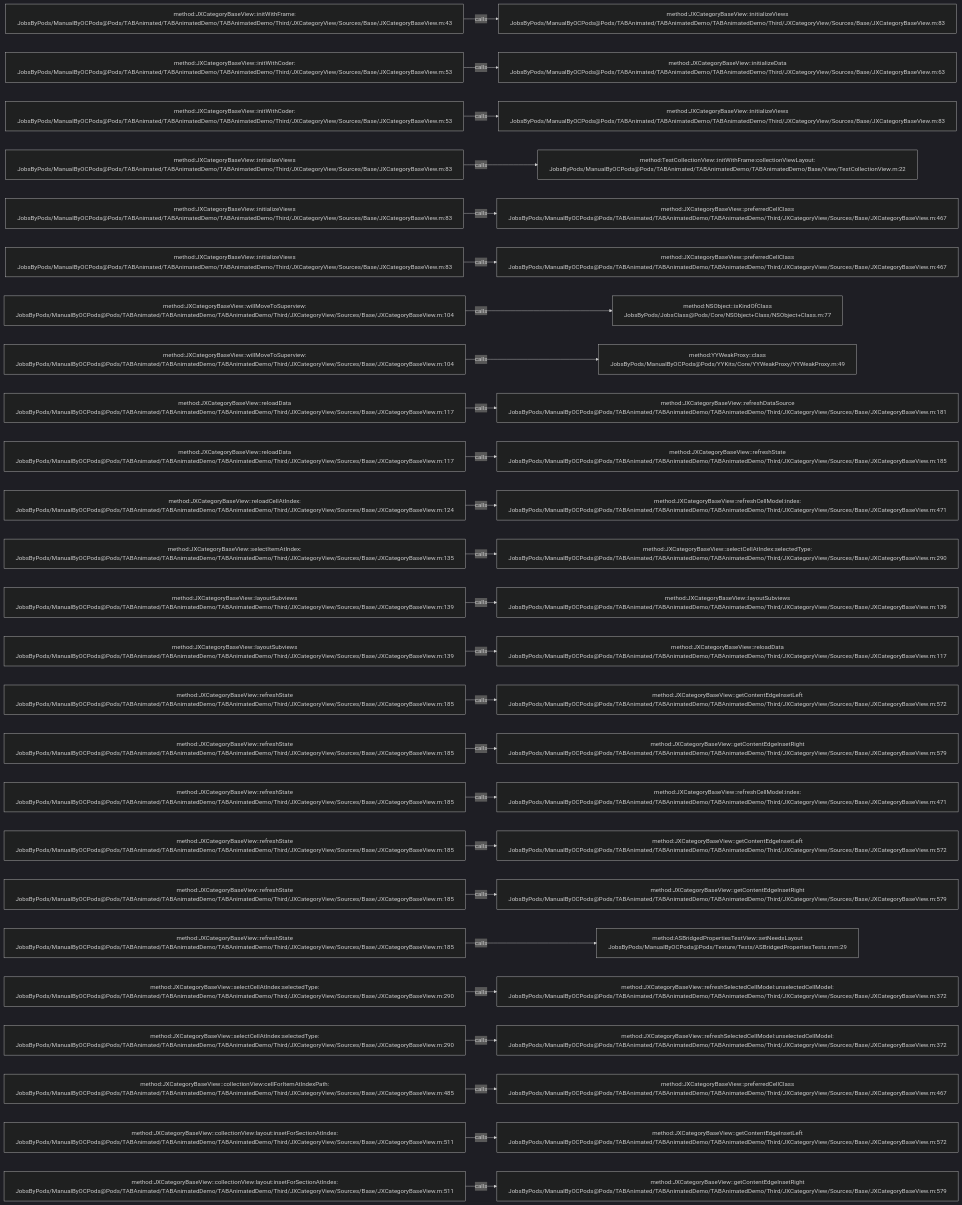
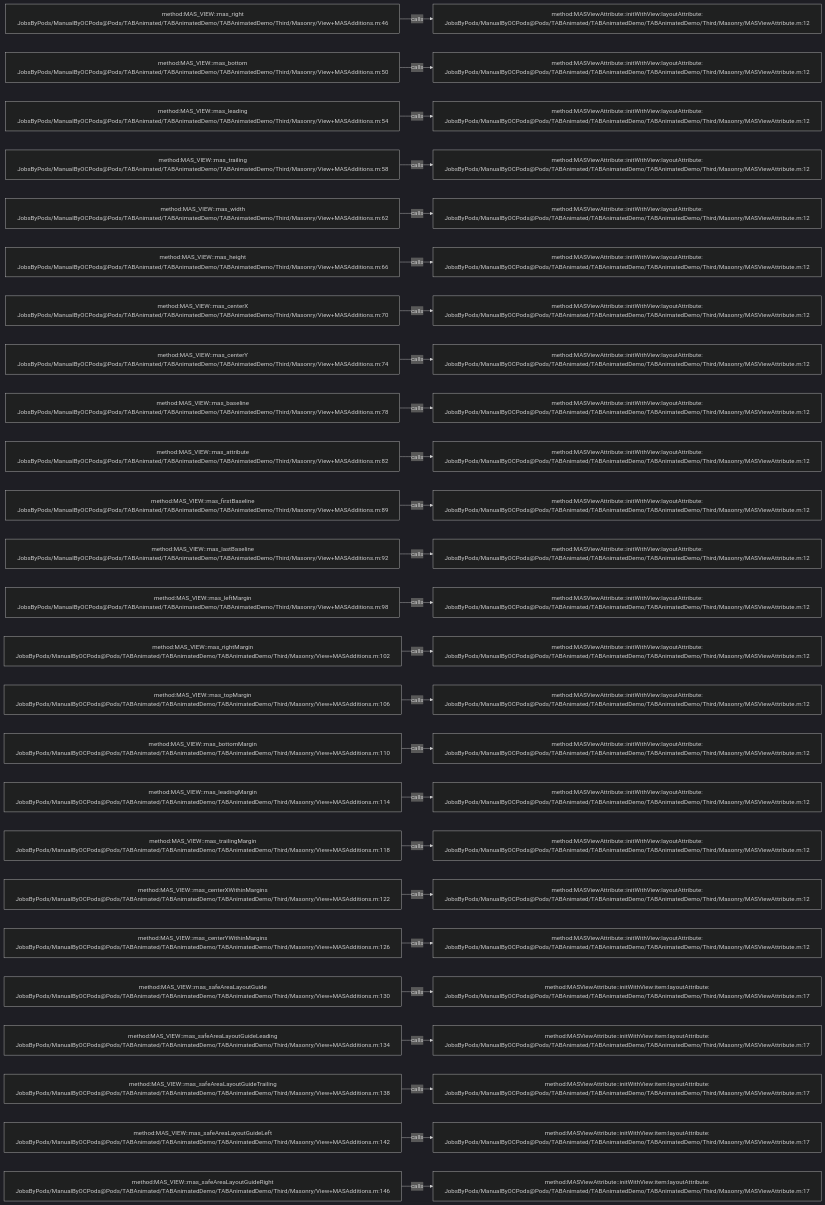
One commit to JobsKits/JobsOCBaseConfigDemo changed the diagram in .codegraph/codegraph.md/graphs/calls-033.md. Above: the diagram before and after it, drawn with Mermaid (dark theme). The commit also changed 2723 other files, not shown here.

````diff
--- a/.codegraph/codegraph.md/graphs/calls-033.md
+++ b/.codegraph/codegraph.md/graphs/calls-033.md
@@ -13,78 +13,78 @@
 ```mermaid
 flowchart LR
-  S1["method:JXCategoryBaseView::initWithFrame:<br/>JobsByPods/ManualByOCPods@Pods/TABAnimated/TABAnimatedDemo/TABAnimatedDemo/Third/JXCategoryView/Sources/Base/JXCategoryBaseView.m:43"]
-  T1["method:JXCategoryBaseView::initializeViews<br/>JobsByPods/ManualByOCPods@Pods/TABAnimated/TABAnimatedDemo/TABAnimatedDemo/Third/JXCategoryView/Sources/Base/JXCategoryBaseView.m:83"]
+  S1["method:MAS_VIEW::mas_right<br/>JobsByPods/ManualByOCPods@Pods/TABAnimated/TABAnimatedDemo/TABAnimatedDemo/Third/Masonry/View+MASAdditions.m:46"]
+  T1["method:MASViewAttribute::initWithView:layoutAttribute:<br/>JobsByPods/ManualByOCPods@Pods/TABAnimated/TABAnimatedDemo/TABAnimatedDemo/Third/Masonry/MASViewAttribute.m:12"]
   S1 -->|calls| T1
-  S2["method:JXCategoryBaseView::initWithCoder:<br/>JobsByPods/ManualByOCPods@Pods/TABAnimated/TABAnimatedDemo/TABAnimatedDemo/Third/JXCategoryView/Sources/Base/JXCategoryBaseView.m:53"]
-  T2["method:JXCategoryBaseView::initializeData<br/>JobsByPods/ManualByOCPods@Pods/TABAnimated/TABAnimatedDemo/TABAnimatedDemo/Third/JXCategoryView/Sources/Base/JXCategoryBaseView.m:63"]
+  S2["method:MAS_VIEW::mas_bottom<br/>JobsByPods/ManualByOCPods@Pods/TABAnimated/TABAnimatedDemo/TABAnimatedDemo/Third/Masonry/View+MASAdditions.m:50"]
+  T2["method:MASViewAttribute::initWithView:layoutAttribute:<br/>JobsByPods/ManualByOCPods@Pods/TABAnimated/TABAnimatedDemo/TABAnimatedDemo/Third/Masonry/MASViewAttribute.m:12"]
   S2 -->|calls| T2
-  S3["method:JXCategoryBaseView::initWithCoder:<br/>JobsByPods/ManualByOCPods@Pods/TABAnimated/TABAnimatedDemo/TABAnimatedDemo/Third/JXCategoryView/Sources/Base/JXCategoryBaseView.m:53"]
-  T3["method:JXCategoryBaseView::initializeViews<br/>JobsByPods/ManualByOCPods@Pods/TABAnimated/TABAnimatedDemo/TABAnimatedDemo/Third/JXCategoryView/Sources/Base/JXCategoryBaseView.m:83"]
+  S3["method:MAS_VIEW::mas_leading<br/>JobsByPods/ManualByOCPods@Pods/TABAnimated/TABAnimatedDemo/TABAnimatedDemo/Third/Masonry/View+MASAdditions.m:54"]
+  T3["method:MASViewAttribute::initWithView:layoutAttribute:<br/>JobsByPods/ManualByOCPods@Pods/TABAnimated/TABAnimatedDemo/TABAnimatedDemo/Third/Masonry/MASViewAttribute.m:12"]
   S3 -->|calls| T3
-  S4["method:JXCategoryBaseView::initializeViews<br/>JobsByPods/ManualByOCPods@Pods/TABAnimated/TABAnimatedDemo/TABAnimatedDemo/Third/JXCategoryView/Sources/Base/JXCategoryBaseView.m:83"]
-  T4["method:TestCollectionView::initWithFrame:collectionViewLayout:<br/>JobsByPods/ManualByOCPods@Pods/TABAnimated/TABAnimatedDemo/TABAnimatedDemo/Base/View/TestCollectionView.m:22"]
+  S4["method:MAS_VIEW::mas_trailing<br/>JobsByPods/ManualByOCPods@Pods/TABAnimated/TABAnimatedDemo/TABAnimatedDemo/Third/Masonry/View+MASAdditions.m:58"]
+  T4["method:MASViewAttribute::initWithView:layoutAttribute:<br/>JobsByPods/ManualByOCPods@Pods/TABAnimated/TABAnimatedDemo/TABAnimatedDemo/Third/Masonry/MASViewAttribute.m:12"]
   S4 -->|calls| T4
-  S5["method:JXCategoryBaseView::initializeViews<br/>JobsByPods/ManualByOCPods@Pods/TABAnimated/TABAnimatedDemo/TABAnimatedDemo/Third/JXCategoryView/Sources/Base/JXCategoryBaseView.m:83"]
-  T5["method:JXCategoryBaseView::preferredCellClass<br/>JobsByPods/ManualByOCPods@Pods/TABAnimated/TABAnimatedDemo/TABAnimatedDemo/Third/JXCategoryView/Sources/Base/JXCategoryBaseView.m:467"]
+  S5["method:MAS_VIEW::mas_width<br/>JobsByPods/ManualByOCPods@Pods/TABAnimated/TABAnimatedDemo/TABAnimatedDemo/Third/Masonry/View+MASAdditions.m:62"]
+  T5["method:MASViewAttribute::initWithView:layoutAttribute:<br/>JobsByPods/ManualByOCPods@Pods/TABAnimated/TABAnimatedDemo/TABAnimatedDemo/Third/Masonry/MASViewAttribute.m:12"]
   S5 -->|calls| T5
-  S6["method:JXCategoryBaseView::initializeViews<br/>JobsByPods/ManualByOCPods@Pods/TABAnimated/TABAnimatedDemo/TABAnimatedDemo/Third/JXCategoryView/Sources/Base/JXCategoryBaseView.m:83"]
-  T6["method:JXCategoryBaseView::preferredCellClass<br/>JobsByPods/ManualByOCPods@Pods/TABAnimated/TABAnimatedDemo/TABAnimatedDemo/Third/JXCategoryView/Sources/Base/JXCategoryBaseView.m:467"]
+  S6["method:MAS_VIEW::mas_height<br/>JobsByPods/ManualByOCPods@Pods/TABAnimated/TABAnimatedDemo/TABAnimatedDemo/Third/Masonry/View+MASAdditions.m:66"]
+  T6["method:MASViewAttribute::initWithView:layoutAttribute:<br/>JobsByPods/ManualByOCPods@Pods/TABAnimated/TABAnimatedDemo/TABAnimatedDemo/Third/Masonry/MASViewAttribute.m:12"]
   S6 -->|calls| T6
-  S7["method:JXCategoryBaseView::willMoveToSuperview:<br/>JobsByPods/ManualByOCPods@Pods/TABAnimated/TABAnimatedDemo/TABAnimatedDemo/Third/JXCategoryView/Sources/Base/JXCategoryBaseView.m:104"]
-  T7["method:NSObject::isKindOfClass<br/>JobsByPods/JobsClass@Pods/Core/NSObject+Class/NSObject+Class.m:77"]
+  S7["method:MAS_VIEW::mas_centerX<br/>JobsByPods/ManualByOCPods@Pods/TABAnimated/TABAnimatedDemo/TABAnimatedDemo/Third/Masonry/View+MASAdditions.m:70"]
+  T7["method:MASViewAttribute::initWithView:layoutAttribute:<br/>JobsByPods/ManualByOCPods@Pods/TABAnimated/TABAnimatedDemo/TABAnimatedDemo/Third/Masonry/MASViewAttribute.m:12"]
   S7 -->|calls| T7
-  S8["method:JXCategoryBaseView::willMoveToSuperview:<br/>JobsByPods/ManualByOCPods@Pods/TABAnimated/TABAnimatedDemo/TABAnimatedDemo/Third/JXCategoryView/Sources/Base/JXCategoryBaseView.m:104"]
-  T8["method:YYWeakProxy::class<br/>JobsByPods/ManualByOCPods@Pods/YYKits/Core/YYWeakProxy/YYWeakProxy.m:49"]
+  S8["method:MAS_VIEW::mas_centerY<br/>JobsByPods/ManualByOCPods@Pods/TABAnimated/TABAnimatedDemo/TABAnimatedDemo/Third/Masonry/View+MASAdditions.m:74"]
+  T8["method:MASViewAttribute::initWithView:layoutAttribute:<br/>JobsByPods/ManualByOCPods@Pods/TABAnimated/TABAnimatedDemo/TABAnimatedDemo/Third/Masonry/MASViewAttribute.m:12"]
   S8 -->|calls| T8
-  S9["method:JXCategoryBaseView::reloadData<br/>JobsByPods/ManualByOCPods@Pods/TABAnimated/TABAnimatedDemo/TABAnimatedDemo/Third/JXCategoryView/Sources/Base/JXCategoryBaseView.m:117"]
-  T9["method:JXCategoryBaseView::refreshDataSource<br/>JobsByPods/ManualByOCPods@Pods/TABAnimated/TABAnimatedDemo/TABAnimatedDemo/Third/JXCategoryView/Sources/Base/JXCategoryBaseView.m:181"]
+  S9["method:MAS_VIEW::mas_baseline<br/>JobsByPods/ManualByOCPods@Pods/TABAnimated/TABAnimatedDemo/TABAnimatedDemo/Third/Masonry/View+MASAdditions.m:78"]
+  T9["method:MASViewAttribute::initWithView:layoutAttribute:<br/>JobsByPods/ManualByOCPods@Pods/TABAnimated/TABAnimatedDemo/TABAnimatedDemo/Third/Masonry/MASViewAttribute.m:12"]
   S9 -->|calls| T9
-  S10["method:JXCategoryBaseView::reloadData<br/>JobsByPods/ManualByOCPods@Pods/TABAnimated/TABAnimatedDemo/TABAnimatedDemo/Third/JXCategoryView/Sources/Base/JXCategoryBaseView.m:117"]
-  T10["method:JXCategoryBaseView::refreshState<br/>JobsByPods/ManualByOCPods@Pods/TABAnimated/TABAnimatedDemo/TABAnimatedDemo/Third/JXCategoryView/Sources/Base/JXCategoryBaseView.m:185"]
+  S10["method:MAS_VIEW::mas_attribute<br/>JobsByPods/ManualByOCPods@Pods/TABAnimated/TABAnimatedDemo/TABAnimatedDemo/Third/Masonry/View+MASAdditions.m:82"]
+  T10["method:MASViewAttribute::initWithView:layoutAttribute:<br/>JobsByPods/ManualByOCPods@Pods/TABAnimated/TABAnimatedDemo/TABAnimatedDemo/Third/Masonry/MASViewAttribute.m:12"]
   S10 -->|calls| T10
-  S11["method:JXCategoryBaseView::reloadCellAtIndex:<br/>JobsByPods/ManualByOCPods@Pods/TABAnimated/TABAnimatedDemo/TABAnimatedDemo/Third/JXCategoryView/Sources/Base/JXCategoryBaseView.m:124"]
-  T11["method:JXCategoryBaseView::refreshCellModel:index:<br/>JobsByPods/ManualByOCPods@Pods/TABAnimated/TABAnimatedDemo/TABAnimatedDemo/Third/JXCategoryView/Sources/Base/JXCategoryBaseView.m:471"]
+  S11["method:MAS_VIEW::mas_firstBaseline<br/>JobsByPods/ManualByOCPods@Pods/TABAnimated/TABAnimatedDemo/TABAnimatedDemo/Third/Masonry/View+MASAdditions.m:89"]
+  T11["method:MASViewAttribute::initWithView:layoutAttribute:<br/>JobsByPods/ManualByOCPods@Pods/TABAnimated/TABAnimatedDemo/TABAnimatedDemo/Third/Masonry/MASViewAttribute.m:12"]
   S11 -->|calls| T11
-  S12["method:JXCategoryBaseView::selectItemAtIndex:<br/>JobsByPods/ManualByOCPods@Pods/TABAnimated/TABAnimatedDemo/TABAnimatedDemo/Third/JXCategoryView/Sources/Base/JXCategoryBaseView.m:135"]
-  T12["method:JXCategoryBaseView::selectCellAtIndex:selectedType:<br/>JobsByPods/ManualByOCPods@Pods/TABAnimated/TABAnimatedDemo/TABAnimatedDemo/Third/JXCategoryView/Sources/Base/JXCategoryBaseView.m:290"]
+  S12["method:MAS_VIEW::mas_lastBaseline<br/>JobsByPods/ManualByOCPods@Pods/TABAnimated/TABAnimatedDemo/TABAnimatedDemo/Third/Masonry/View+MASAdditions.m:92"]
+  T12["method:MASViewAttribute::initWithView:layoutAttribute:<br/>JobsByPods/ManualByOCPods@Pods/TABAnimated/TABAnimatedDemo/TABAnimatedDemo/Third/Masonry/MASViewAttribute.m:12"]
   S12 -->|calls| T12
-  S13["method:JXCategoryBaseView::layoutSubviews<br/>JobsByPods/ManualByOCPods@Pods/TABAnimated/TABAnimatedDemo/TABAnimatedDemo/Third/JXCategoryView/Sources/Base/JXCategoryBaseView.m:139"]
-  T13["method:JXCategoryBaseView::layoutSubviews<br/>JobsByPods/ManualByOCPods@Pods/TABAnimated/TABAnimatedDemo/TABAnimatedDemo/Third/JXCategoryView/Sources/Base/JXCategoryBaseView.m:139"]
+  S13["method:MAS_VIEW::mas_leftMargin<br/>JobsByPods/ManualByOCPods@Pods/TABAnimated/TABAnimatedDemo/TABAnimatedDemo/Third/Masonry/View+MASAdditions.m:98"]
+  T13["method:MASViewAttribute::initWithView:layoutAttribute:<br/>JobsByPods/ManualByOCPods@Pods/TABAnimated/TABAnimatedDemo/TABAnimatedDemo/Third/Masonry/MASViewAttribute.m:12"]
   S13 -->|calls| T13
-  S14["method:JXCategoryBaseView::layoutSubviews<br/>JobsByPods/ManualByOCPods@Pods/TABAnimated/TABAnimatedDemo/TABAnimatedDemo/Third/JXCategoryView/Sources/Base/JXCategoryBaseView.m:139"]
-  T14["method:JXCategoryBaseView::reloadData<br/>JobsByPods/ManualByOCPods@Pods/TABAnimated/TABAnimatedDemo/TABAnimatedDemo/Third/JXCategoryView/Sources/Base/JXCategoryBaseView.m:117"]
+  S14["method:MAS_VIEW::mas_rightMargin<br/>JobsByPods/ManualByOCPods@Pods/TABAnimated/TABAnimatedDemo/TABAnimatedDemo/Third/Masonry/View+MASAdditions.m:102"]
+  T14["method:MASViewAttribute::initWithView:layoutAttribute:<br/>JobsByPods/ManualByOCPods@Pods/TABAnimated/TABAnimatedDemo/TABAnimatedDemo/Third/Masonry/MASViewAttribute.m:12"]
   S14 -->|calls| T14
-  S15["method:JXCategoryBaseView::refreshState<br/>JobsByPods/ManualByOCPods@Pods/TABAnimated/TABAnimatedDemo/TABAnimatedDemo/Third/JXCategoryView/Sources/Base/JXCategoryBaseView.m:185"]
-  T15["method:JXCategoryBaseView::getContentEdgeInsetLeft<br/>JobsByPods/ManualByOCPods@Pods/TABAnimated/TABAnimatedDemo/TABAnimatedDemo/Third/JXCategoryView/Sources/Base/JXCategoryBaseView.m:572"]
+  S15["method:MAS_VIEW::mas_topMargin<br/>JobsByPods/ManualByOCPods@Pods/TABAnimated/TABAnimatedDemo/TABAnimatedDemo/Third/Masonry/View+MASAdditions.m:106"]
+  T15["method:MASViewAttribute::initWithView:layoutAttribute:<br/>JobsByPods/ManualByOCPods@Pods/TABAnimated/TABAnimatedDemo/TABAnimatedDemo/Third/Masonry/MASViewAttribute.m:12"]
   S15 -->|calls| T15
-  S16["method:JXCategoryBaseView::refreshState<br/>JobsByPods/ManualByOCPods@Pods/TABAnimated/TABAnimatedDemo/TABAnimatedDemo/Third/JXCategoryView/Sources/Base/JXCategoryBaseView.m:185"]
-  T16["method:JXCategoryBaseView::getContentEdgeInsetRight<br/>JobsByPods/ManualByOCPods@Pods/TABAnimated/TABAnimatedDemo/TABAnimatedDemo/Third/JXCategoryView/Sources/Base/JXCategoryBaseView.m:579"]
+  S16["method:MAS_VIEW::mas_bottomMargin<br/>JobsByPods/ManualByOCPods@Pods/TABAnimated/TABAnimatedDemo/TABAnimatedDemo/Third/Masonry/View+MASAdditions.m:110"]
+  T16["method:MASViewAttribute::initWithView:layoutAttribute:<br/>JobsByPods/ManualByOCPods@Pods/TABAnimated/TABAnimatedDemo/TABAnimatedDemo/Third/Masonry/MASViewAttribute.m:12"]
   S16 -->|calls| T16
-  S17["method:JXCategoryBaseView::refreshState<br/>JobsByPods/ManualByOCPods@Pods/TABAnimated/TABAnimatedDemo/TABAnimatedDemo/Third/JXCategoryView/Sources/Base/JXCategoryBaseView.m:185"]
-  T17["method:JXCategoryBaseView::refreshCellModel:index:<br/>JobsByPods/ManualByOCPods@Pods/TABAnimated/TABAnimatedDemo/TABAnimatedDemo/Third/JXCategoryView/Sources/Base/JXCategoryBaseView.m:471"]
+  S17["method:MAS_VIEW::mas_leadingMargin<br/>JobsByPods/ManualByOCPods@Pods/TABAnimated/TABAnimatedDemo/TABAnimatedDemo/Third/Masonry/View+MASAdditions.m:114"]
+  T17["method:MASViewAttribute::initWithView:layoutAttribute:<br/>JobsByPods/ManualByOCPods@Pods/TABAnimated/TABAnimatedDemo/TABAnimatedDemo/Third/Masonry/MASViewAttribute.m:12"]
   S17 -->|calls| T17
-  S18["method:JXCategoryBaseView::refreshState<br/>JobsByPods/ManualByOCPods@Pods/TABAnimated/TABAnimatedDemo/TABAnimatedDemo/Third/JXCategoryView/Sources/Base/JXCategoryBaseView.m:185"]
-  T18["method:JXCategoryBaseView::getContentEdgeInsetLeft<br/>JobsByPods/ManualByOCPods@Pods/TABAnimated/TABAnimatedDemo/TABAnimatedDemo/Third/JXCategoryView/Sources/Base/JXCategoryBaseView.m:572"]
+  S18["method:MAS_VIEW::mas_trailingMargin<br/>JobsByPods/ManualByOCPods@Pods/TABAnimated/TABAnimatedDemo/TABAnimatedDemo/Third/Masonry/View+MASAdditions.m:118"]
+  T18["method:MASViewAttribute::initWithView:layoutAttribute:<br/>JobsByPods/ManualByOCPods@Pods/TABAnimated/TABAnimatedDemo/TABAnimatedDemo/Third/Masonry/MASViewAttribute.m:12"]
   S18 -->|calls| T18
-  S19["method:JXCategoryBaseView::refreshState<br/>JobsByPods/ManualByOCPods@Pods/TABAnimated/TABAnimatedDemo/TABAnimatedDemo/Third/JXCategoryView/Sources/Base/JXCategoryBaseView.m:185"]
-  T19["method:JXCategoryBaseView::getContentEdgeInsetRight<br/>JobsByPods/ManualByOCPods@Pods/TABAnimated/TABAnimatedDemo/TABAnimatedDemo/Third/JXCategoryView/Sources/Base/JXCategoryBaseView.m:579"]
+  S19["method:MAS_VIEW::mas_centerXWithinMargins<br/>JobsByPods/ManualByOCPods@Pods/TABAnimated/TABAnimatedDemo/TABAnimatedDemo/Third/Masonry/View+MASAdditions.m:122"]
+  T19["method:MASViewAttribute::initWithView:layoutAttribute:<br/>JobsByPods/ManualByOCPods@Pods/TABAnimated/TABAnimatedDemo/TABAnimatedDemo/Third/Masonry/MASViewAttribute.m:12"]
   S19 -->|calls| T19
-  S20["method:JXCategoryBaseView::refreshState<br/>JobsByPods/ManualByOCPods@Pods/TABAnimated/TABAnimatedDemo/TABAnimatedDemo/Third/JXCategoryView/Sources/Base/JXCategoryBaseView.m:185"]
-  T20["method:ASBridgedPropertiesTestView::setNeedsLayout<br/>JobsByPods/ManualByOCPods@Pods/Texture/Tests/ASBridgedPropertiesTests.mm:29"]
+  S20["method:MAS_VIEW::mas_centerYWithinMargins<br/>JobsByPods/ManualByOCPods@Pods/TABAnimated/TABAnimatedDemo/TABAnimatedDemo/Third/Masonry/View+MASAdditions.m:126"]
+  T20["method:MASViewAttribute::initWithView:layoutAttribute:<br/>JobsByPods/ManualByOCPods@Pods/TABAnimated/TABAnimatedDemo/TABAnimatedDemo/Third/Masonry/MASViewAttribute.m:12"]
   S20 -->|calls| T20
-  S21["method:JXCategoryBaseView::selectCellAtIndex:selectedType:<br/>JobsByPods/ManualByOCPods@Pods/TABAnimated/TABAnimatedDemo/TABAnimatedDemo/Third/JXCategoryView/Sources/Base/JXCategoryBaseView.m:290"]
-  T21["method:JXCategoryBaseView::refreshSelectedCellModel:unselectedCellModel:<br/>JobsByPods/ManualByOCPods@Pods/TABAnimated/TABAnimatedDemo/TABAnimatedDemo/Third/JXCategoryView/Sources/Base/JXCategoryBaseView.m:372"]
+  S21["method:MAS_VIEW::mas_safeAreaLayoutGuide<br/>JobsByPods/ManualByOCPods@Pods/TABAnimated/TABAnimatedDemo/TABAnimatedDemo/Third/Masonry/View+MASAdditions.m:130"]
+  T21["method:MASViewAttribute::initWithView:item:layoutAttribute:<br/>JobsByPods/ManualByOCPods@Pods/TABAnimated/TABAnimatedDemo/TABAnimatedDemo/Third/Masonry/MASViewAttribute.m:17"]
   S21 -->|calls| T21
-  S22["method:JXCategoryBaseView::selectCellAtIndex:selectedType:<br/>JobsByPods/ManualByOCPods@Pods/TABAnimated/TABAnimatedDemo/TABAnimatedDemo/Third/JXCategoryView/Sources/Base/JXCategoryBaseView.m:290"]
-  T22["method:JXCategoryBaseView::refreshSelectedCellModel:unselectedCellModel:<br/>JobsByPods/ManualByOCPods@Pods/TABAnimated/TABAnimatedDemo/TABAnimatedDemo/Third/JXCategoryView/Sources/Base/JXCategoryBaseView.m:372"]
+  S22["method:MAS_VIEW::mas_safeAreaLayoutGuideLeading<br/>JobsByPods/ManualByOCPods@Pods/TABAnimated/TABAnimatedDemo/TABAnimatedDemo/Third/Masonry/View+MASAdditions.m:134"]
+  T22["method:MASViewAttribute::initWithView:item:layoutAttribute:<br/>JobsByPods/ManualByOCPods@Pods/TABAnimated/TABAnimatedDemo/TABAnimatedDemo/Third/Masonry/MASViewAttribute.m:17"]
   S22 -->|calls| T22
-  S23["method:JXCategoryBaseView::collectionView:cellForItemAtIndexPath:<br/>JobsByPods/ManualByOCPods@Pods/TABAnimated/TABAnimatedDemo/TABAnimatedDemo/Third/JXCategoryView/Sources/Base/JXCategoryBaseView.m:485"]
-  T23["method:JXCategoryBaseView::preferredCellClass<br/>JobsByPods/ManualByOCPods@Pods/TABAnimated/TABAnimatedDemo/TABAnimatedDemo/Third/JXCategoryView/Sources/Base/JXCategoryBaseView.m:467"]
+  S23["method:MAS_VIEW::mas_safeAreaLayoutGuideTrailing<br/>JobsByPods/ManualByOCPods@Pods/TABAnimated/TABAnimatedDemo/TABAnimatedDemo/Third/Masonry/View+MASAdditions.m:138"]
+  T23["method:MASViewAttribute::initWithView:item:layoutAttribute:<br/>JobsByPods/ManualByOCPods@Pods/TABAnimated/TABAnimatedDemo/TABAnimatedDemo/Third/Masonry/MASViewAttribute.m:17"]
   S23 -->|calls| T23
-  S24["method:JXCategoryBaseView::collectionView:layout:insetForSectionAtIndex:<br/>JobsByPods/ManualByOCPods@Pods/TABAnimated/TABAnimatedDemo/TABAnimatedDemo/Third/JXCategoryView/Sources/Base/JXCategoryBaseView.m:511"]
-  T24["method:JXCategoryBaseView::getContentEdgeInsetLeft<br/>JobsByPods/ManualByOCPods@Pods/TABAnimated/TABAnimatedDemo/TABAnimatedDemo/Third/JXCategoryView/Sources/Base/JXCategoryBaseView.m:572"]
+  S24["method:MAS_VIEW::mas_safeAreaLayoutGuideLeft<br/>JobsByPods/ManualByOCPods@Pods/TABAnimated/TABAnimatedDemo/TABAnimatedDemo/Third/Masonry/View+MASAdditions.m:142"]
+  T24["method:MASViewAttribute::initWithView:item:layoutAttribute:<br/>JobsByPods/ManualByOCPods@Pods/TABAnimated/TABAnimatedDemo/TABAnimatedDemo/Third/Masonry/MASViewAttribute.m:17"]
   S24 -->|calls| T24
-  S25["method:JXCategoryBaseView::collectionView:layout:insetForSectionAtIndex:<br/>JobsByPods/ManualByOCPods@Pods/TABAnimated/TABAnimatedDemo/TABAnimatedDemo/Third/JXCategoryView/Sources/Base/JXCategoryBaseView.m:511"]
-  T25["method:JXCategoryBaseView::getContentEdgeInsetRight<br/>JobsByPods/ManualByOCPods@Pods/TABAnimated/TABAnimatedDemo/TABAnimatedDemo/Third/JXCategoryView/Sources/Base/JXCategoryBaseView.m:579"]
+  S25["method:MAS_VIEW::mas_safeAreaLayoutGuideRight<br/>JobsByPods/ManualByOCPods@Pods/TABAnimated/TABAnimatedDemo/TABAnimatedDemo/Third/Masonry/View+MASAdditions.m:146"]
+  T25["method:MASViewAttribute::initWithView:item:layoutAttribute:<br/>JobsByPods/ManualByOCPods@Pods/TABAnimated/TABAnimatedDemo/TABAnimatedDemo/Third/Masonry/MASViewAttribute.m:17"]
   S25 -->|calls| T25
 ```
````
